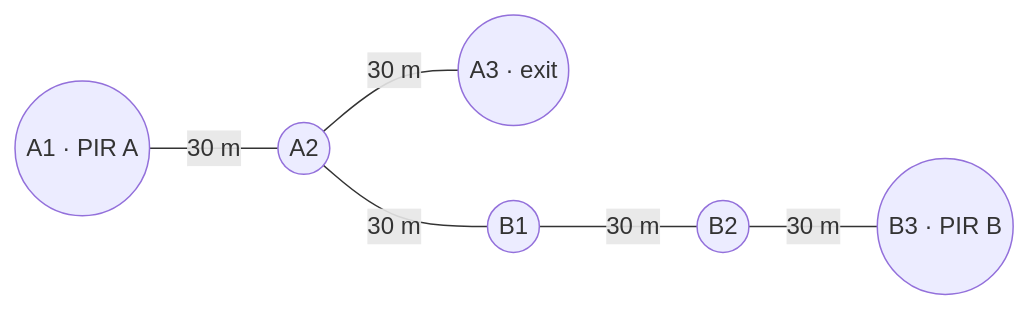
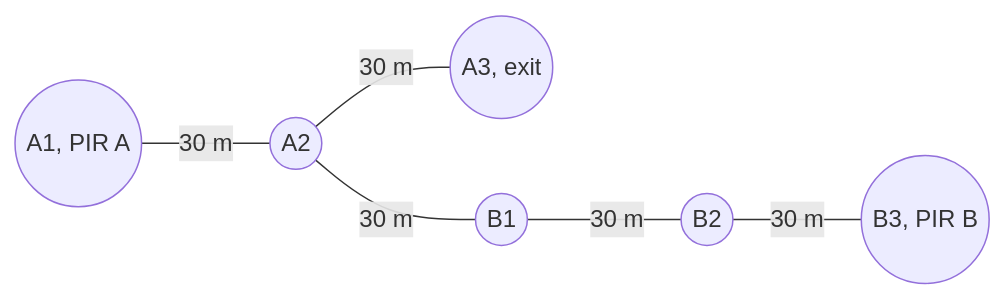
The third of 3 diagrams in docs/architecture.md (olmescode/cp2-alumbrado), drawn with Mermaid before and after one commit. The commit also changed other lines of this file and 27 other files, not shown here.

````diff
--- a/docs/architecture.md
+++ b/docs/architecture.md
@@ -58,8 +59,8 @@
 ```mermaid
 graph LR
-  A1((A1 · PIR A)) ---|30 m| A2((A2))
-  A2 ---|30 m| A3((A3 · exit))
+  A1((A1, PIR A)) ---|30 m| A2((A2))
+  A2 ---|30 m| A3((A3, exit))
   A2 ---|30 m| B1((B1))
   B1 ---|30 m| B2((B2))
-  B2 ---|30 m| B3((B3 · PIR B))
+  B2 ---|30 m| B3((B3, PIR B))
 ```
````
